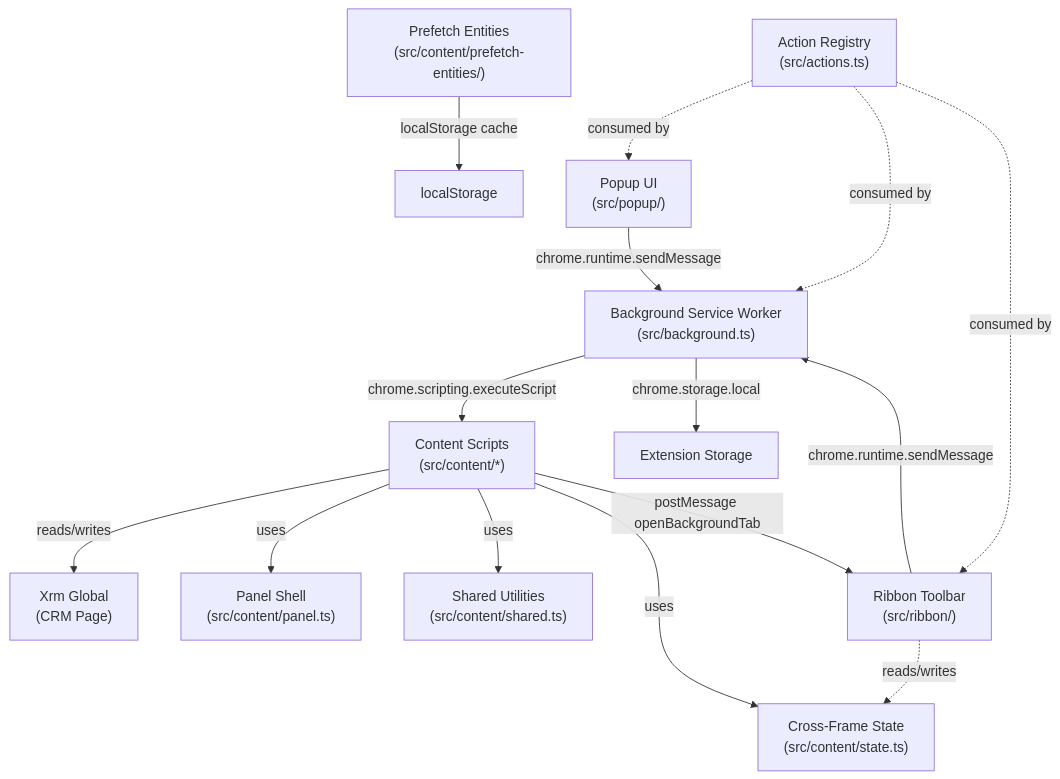
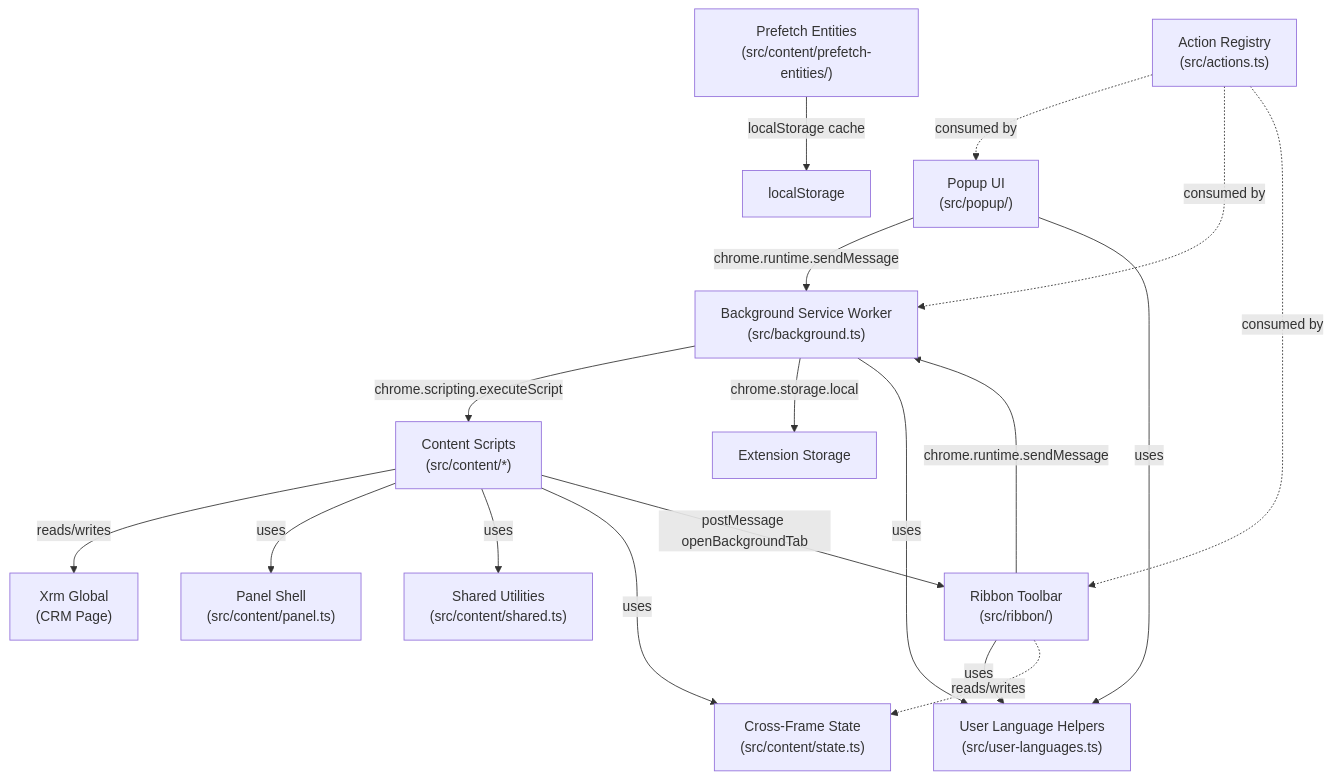
Before and after one commit to runembp/DynamicsCat: the diagram in docs/architecture.md, drawn with Mermaid. The commit also changed other lines of this file and 65 other files, not shown here.

Commit message:
feat: switch user language

````diff
--- a/docs/architecture.md
+++ b/docs/architecture.md
@@ -9,17 +9,20 @@
 ```mermaid
 graph TD
     Popup["Popup UI<br/>(src/popup/)"] -->|chrome.runtime.sendMessage| BG["Background Service Worker<br/>(src/background.ts)"]
     BG -->|chrome.scripting.executeScript| CS["Content Scripts<br/>(src/content/*)"]
     BG -->|chrome.storage.local| Storage["Extension Storage"]
     Ribbon["Ribbon Toolbar<br/>(src/ribbon/)"] -->|chrome.runtime.sendMessage| BG
+    Popup -->|uses| UserLang["User Language Helpers<br/>(src/user-languages.ts)"]
+    Ribbon -->|uses| UserLang
+    BG -->|uses| UserLang
     Actions["Action Registry<br/>(src/actions.ts)"] -.->|consumed by| Popup
     Actions -.->|consumed by| BG
     Actions -.->|consumed by| Ribbon
     CS -->|reads/writes| Xrm["Xrm Global<br/>(CRM Page)"]
     CS -->|uses| Panel["Panel Shell<br/>(src/content/panel.ts)"]
     CS -->|uses| Shared["Shared Utilities<br/>(src/content/shared.ts)"]
     CS -->|uses| State["Cross-Frame State<br/>(src/content/state.ts)"]
     Prefetch["Prefetch Entities<br/>(src/content/prefetch-entities/)"] -->|localStorage cache| LS["localStorage"]
     Ribbon -.->|reads/writes| State
     CS -->|postMessage openBackgroundTab| Ribbon
 ```
````
